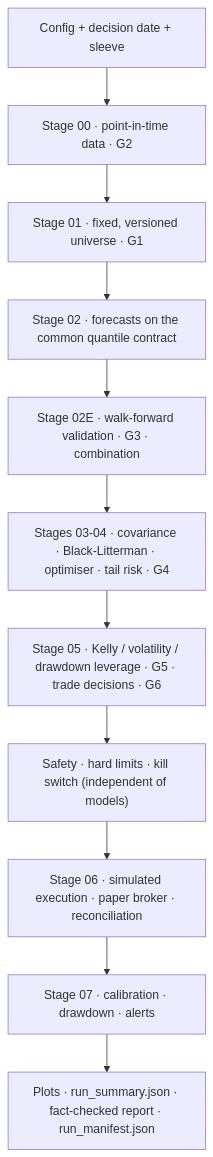
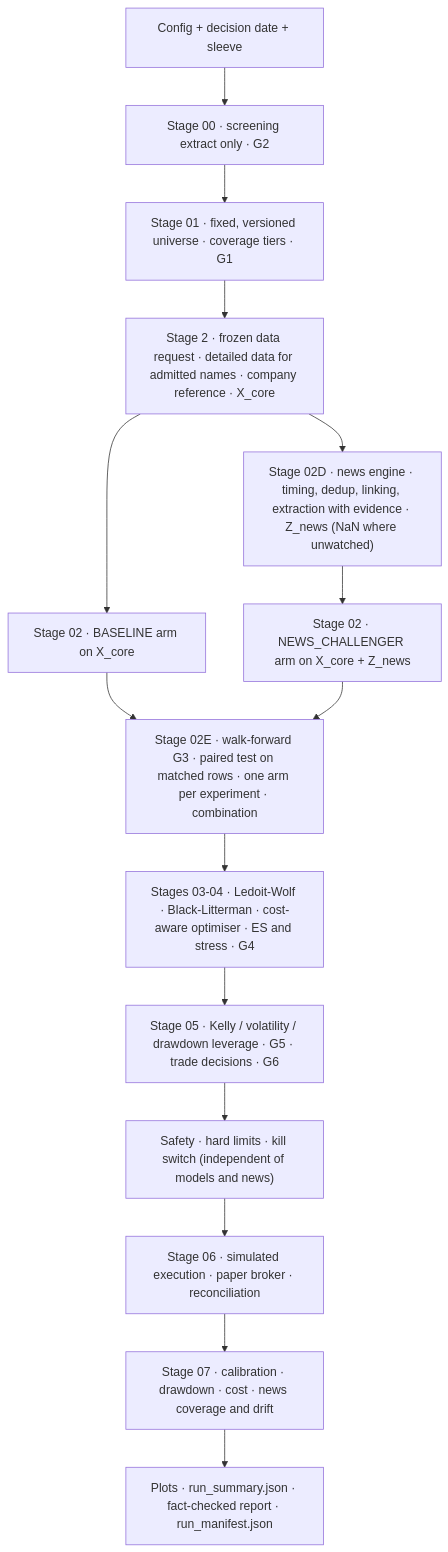
The diagram in docs/AQP-PYTHON-GUIDE/README.md (dannysilverio6-creator/AQP---LSEG), drawn with Mermaid before and after one commit. The commit also changed other lines of this file and 16 other files, not shown here.

````diff
--- a/docs/AQP-PYTHON-GUIDE/README.md
+++ b/docs/AQP-PYTHON-GUIDE/README.md
@@ -13,13 +13,16 @@
 ```mermaid
 flowchart TD
-    A[Config + decision date + sleeve] --> B["Stage 00 · point-in-time data · G2"]
-    B --> C["Stage 01 · fixed, versioned universe · G1"]
-    C --> D["Stage 02 · forecasts on the common quantile contract"]
-    D --> E["Stage 02E · walk-forward validation · G3 · combination"]
-    E --> F["Stages 03-04 · covariance · Black-Litterman · optimiser · tail risk · G4"]
-    F --> G["Stage 05 · Kelly / volatility / drawdown leverage · G5 · trade decisions · G6"]
-    G --> H["Safety · hard limits · kill switch (independent of models)"]
-    H --> I["Stage 06 · simulated execution · paper broker · reconciliation"]
-    I --> J["Stage 07 · calibration · drawdown · alerts"]
-    J --> K["Plots · run_summary.json · fact-checked report · run_manifest.json"]
+    A[Config + decision date + sleeve] --> B["Stage 00 · screening extract only · G2"]
+    B --> C["Stage 01 · fixed, versioned universe · coverage tiers · G1"]
+    C --> D["Stage 2 · frozen data request · detailed data for admitted names · company reference · X_core"]
+    D --> N["Stage 02D · news engine · timing, dedup, linking, extraction with evidence · Z_news (NaN where unwatched)"]
+    D --> F["Stage 02 · BASELINE arm on X_core"]
+    N --> FN["Stage 02 · NEWS_CHALLENGER arm on X_core + Z_news"]
+    F & FN --> E["Stage 02E · walk-forward G3 · paired test on matched rows · one arm per experiment · combination"]
+    E --> P["Stages 03-04 · Ledoit-Wolf · Black-Litterman · cost-aware optimiser · ES and stress · G4"]
+    P --> S["Stage 05 · Kelly / volatility / drawdown leverage · G5 · trade decisions · G6"]
+    S --> H["Safety · hard limits · kill switch (independent of models and news)"]
+    H --> X["Stage 06 · simulated execution · paper broker · reconciliation"]
+    X --> M["Stage 07 · calibration · drawdown · cost · news coverage and drift"]
+    M --> R["Plots · run_summary.json · fact-checked report · run_manifest.json"]
 ```
````
